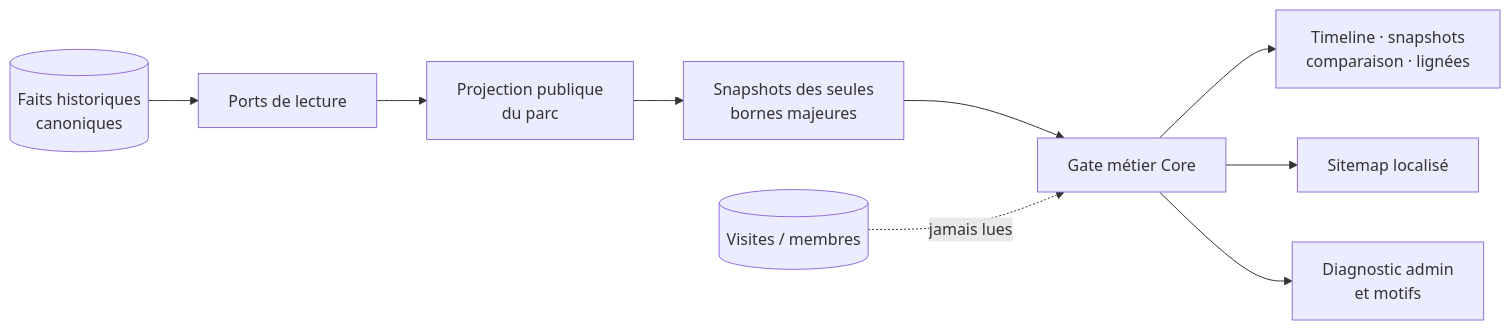
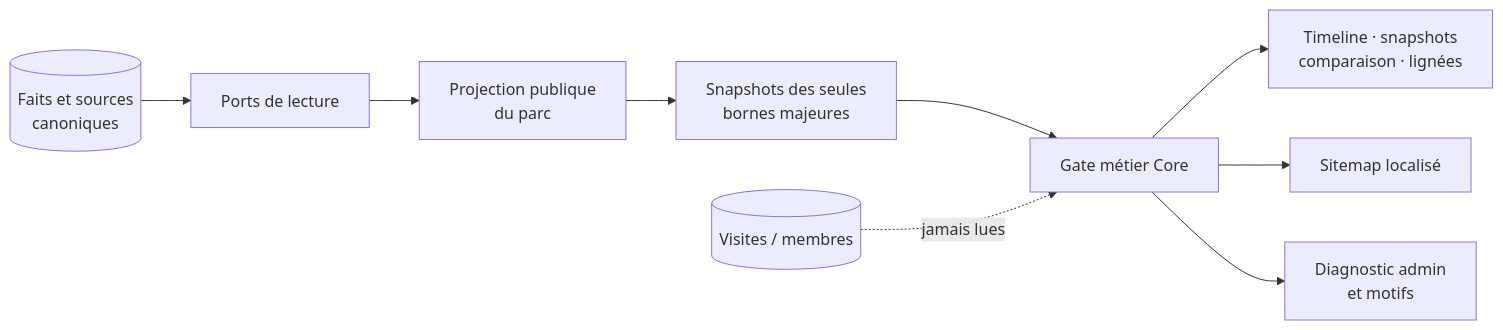
Before and after one commit to Ced59/AmusementParkProject: the first of 2 diagrams in docs/architecture/product-growth-hist-14-park-rollout-gate-2026-09-28.md, drawn with Mermaid. The commit also changed other lines of this file and 21 other files, not shown here.

````diff
--- a/docs/architecture/product-growth-hist-14-park-rollout-gate-2026-09-28.md
+++ b/docs/architecture/product-growth-hist-14-park-rollout-gate-2026-09-28.md
@@ -29,11 +30,11 @@
 ```mermaid
 flowchart LR
-    Mongo[(Faits historiques<br/>canoniques)] --> Repo[Ports de lecture]
+    Mongo[(Faits et sources<br/>canoniques)] --> Repo[Ports de lecture]
     Repo --> Projection[Projection publique<br/>du parc]
     Projection --> KeyYears[Snapshots des seules<br/>bornes majeures]
     KeyYears --> Core[Gate métier Core]
     Core --> Public[Timeline · snapshots<br/>comparaison · lignées]
     Core --> Sitemap[Sitemap localisé]
     Core --> Admin[Diagnostic admin<br/>et motifs]
     Visits[(Visites / membres)] -. jamais lues .-> Core
 ```
````
